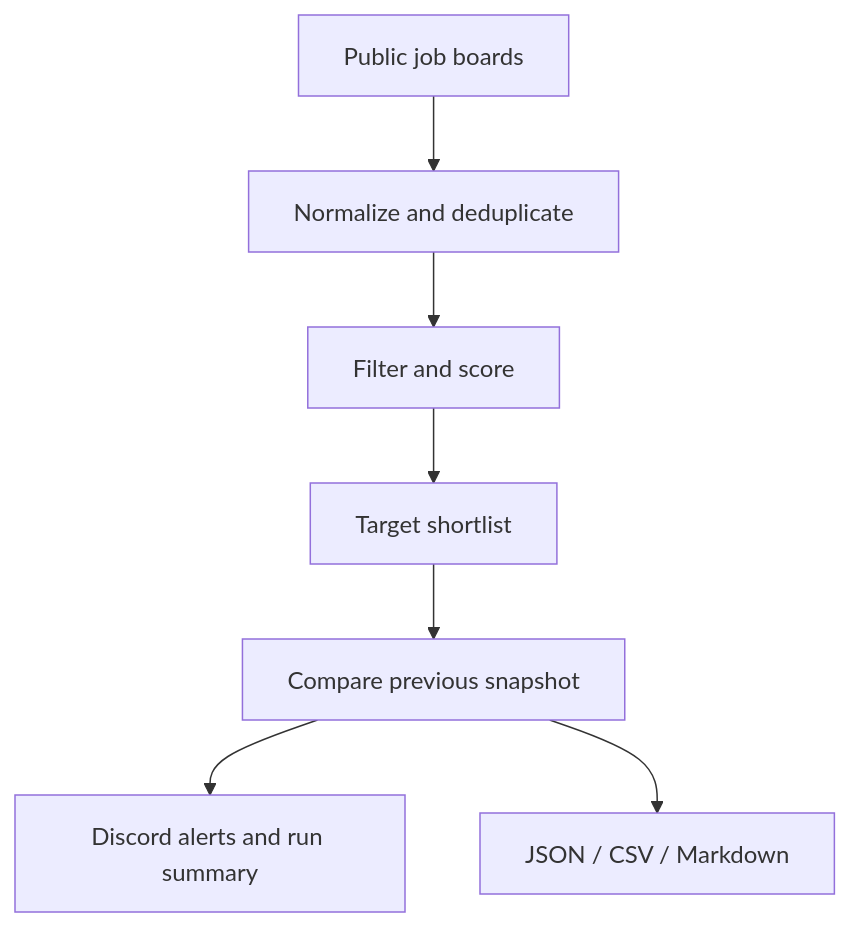
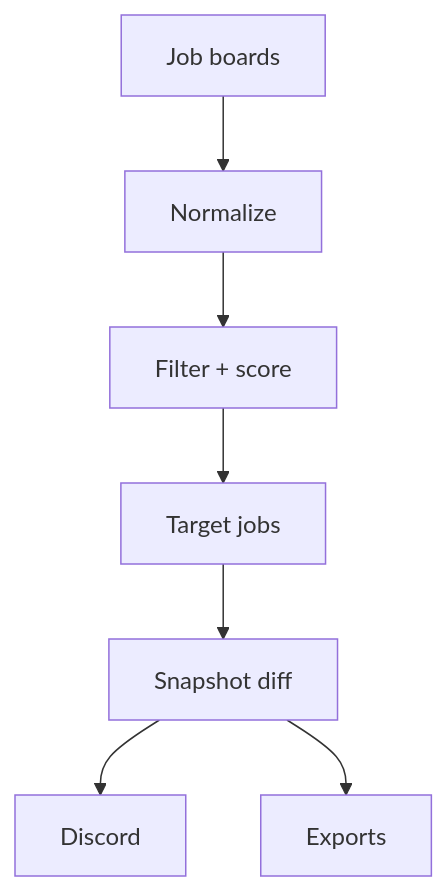
Before and after one commit to jzikim/global-internship-hunter: the diagram in README.md, drawn with Mermaid.

Commit message:
Use compact pipeline labels for GitHub diagram rendering

````diff
--- a/README.md
+++ b/README.md
@@ -21,9 +21,9 @@
 ```mermaid
 flowchart TD
-    A[Public job boards] --> B[Normalize and deduplicate]
-    B --> C[Filter and score]
-    C --> D[Target shortlist]
-    D --> E[Compare previous snapshot]
-    E --> F[Discord alerts and run summary]
-    E --> G[JSON / CSV / Markdown]
+    A[Job boards] --> B[Normalize]
+    B --> C[Filter + score]
+    C --> D[Target jobs]
+    D --> E[Snapshot diff]
+    E --> F[Discord]
+    E --> G[Exports]
 ```
````
